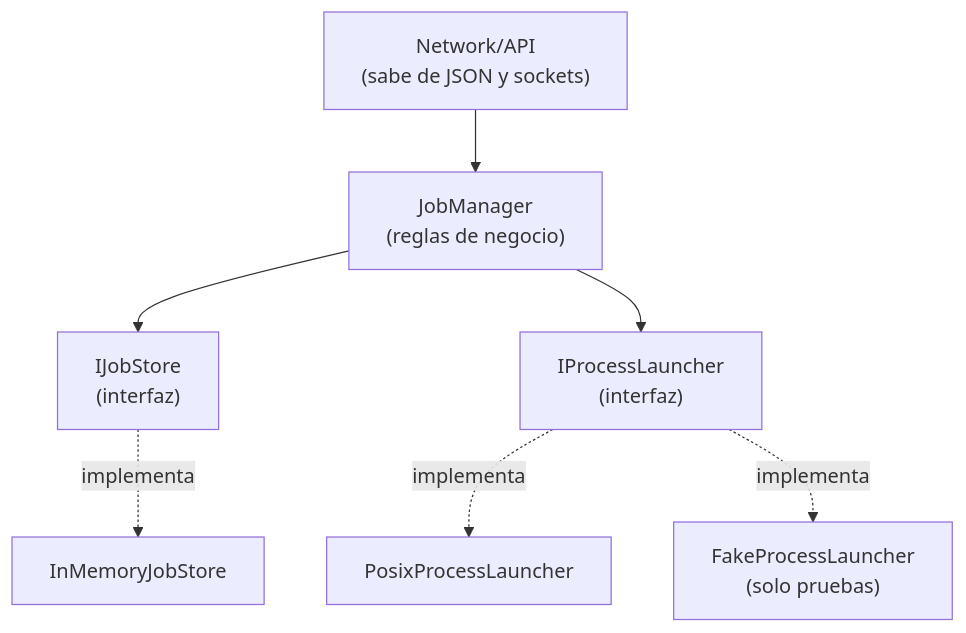
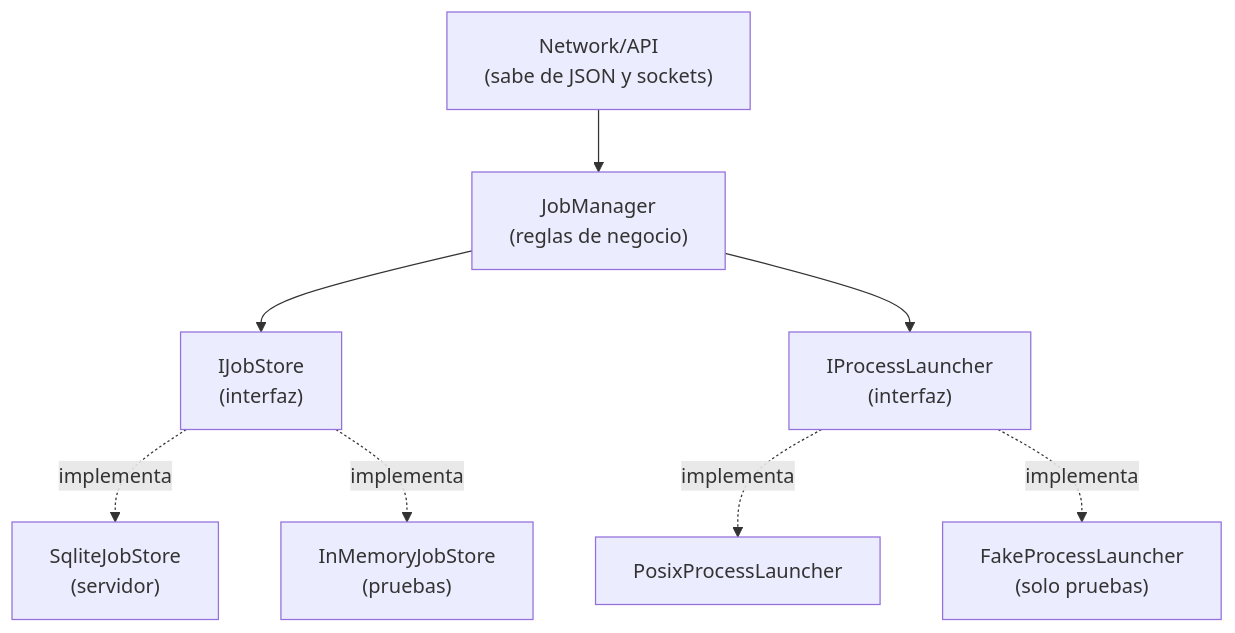
Before and after one commit to albertgatez/JobRunner: the second of 4 diagrams in docs/technical-guide/arquitectura.md, drawn with Mermaid. The commit also changed other lines of this file and 9 other files, not shown here.

````diff
--- a/docs/technical-guide/arquitectura.md
+++ b/docs/technical-guide/arquitectura.md
@@ -56,9 +56,10 @@
 ```mermaid
 flowchart TB
     A["Network/API<br/>(sabe de JSON y sockets)"] --> B["JobManager<br/>(reglas de negocio)"]
     B --> C["IJobStore<br/>(interfaz)"]
     B --> D["IProcessLauncher<br/>(interfaz)"]
-    C -.implementa.-> E["InMemoryJobStore"]
+    C -.implementa.-> E["SqliteJobStore<br/>(servidor)"]
+    C -.implementa.-> H["InMemoryJobStore<br/>(pruebas)"]
     D -.implementa.-> F["PosixProcessLauncher"]
     D -.implementa.-> G["FakeProcessLauncher<br/>(solo pruebas)"]
 ```
````
